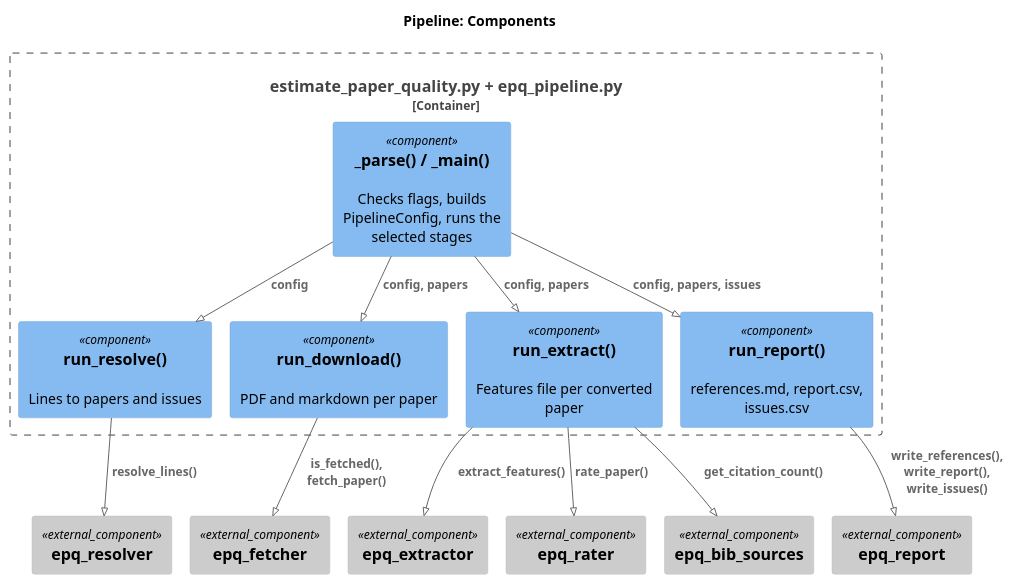
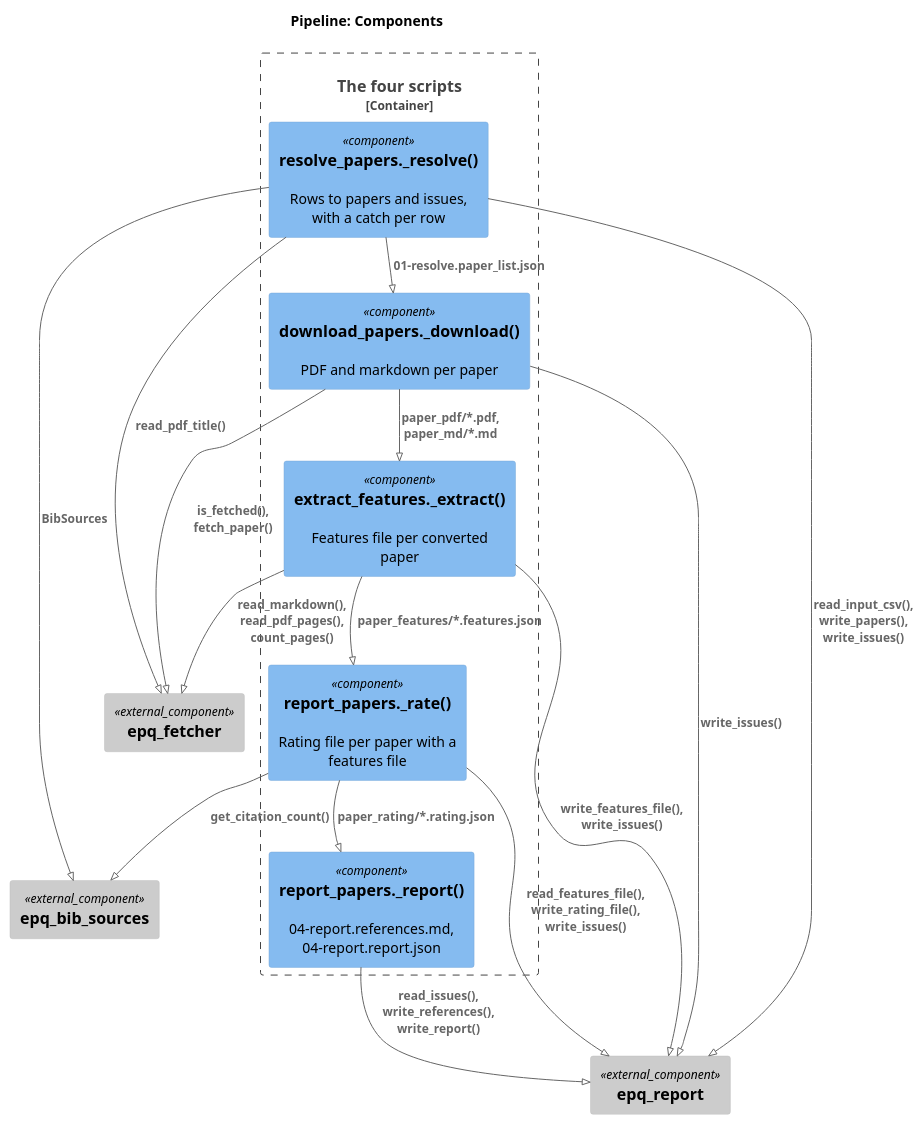
One commit to gpsaggese/gpsaggese.github.io changed the diagram in research/Estimate_academic_paper_quality/docs/02.1-design.pipeline.md. Above: the diagram before and after it, drawn with PlantUML. The commit also changed other lines of this file and 98 other files, not shown here.

````diff
--- a/research/Estimate_academic_paper_quality/docs/02.1-design.pipeline.md
+++ b/research/Estimate_academic_paper_quality/docs/02.1-design.pipeline.md
@@ -23,29 +40,30 @@
 ```plantuml
 !pragma layout smetana
 !include <C4/C4_Component>
 LAYOUT_TOP_DOWN()
 title Pipeline: Components
-Container_Boundary(p, "estimate_paper_quality.py + epq_pipeline.py") {
-  Component(cli, "_parse() / _main()", "", "Checks flags, builds PipelineConfig, runs the selected stages")
-  Component(res, "run_resolve()", "", "Lines to papers and issues")
-  Component(dl, "run_download()", "", "PDF and markdown per paper")
-  Component(ex, "run_extract()", "", "Features file per converted paper")
-  Component(rep, "run_report()", "", "references.md, report.csv, issues.csv")
+Container_Boundary(p, "The four scripts") {
+  Component(res, "resolve_papers._resolve()", "", "Rows to papers and issues, with a catch per row")
+  Component(dl, "download_papers._download()", "", "PDF and markdown per paper")
+  Component(ex, "extract_features._extract()", "", "Features file per converted paper")
+  Component(rate, "report_papers._rate()", "", "Rating file per paper with a features file")
+  Component(rep, "report_papers._report()", "", "04-report.references.md, 04-report.report.json")
 }
-Component_Ext(resolver, "epq_resolver", "", "")
 Component_Ext(fetcher, "epq_fetcher", "", "")
-Component_Ext(extractor, "epq_extractor", "", "")
-Component_Ext(rater, "epq_rater", "", "")
 Component_Ext(report, "epq_report", "", "")
 Component_Ext(bib, "epq_bib_sources", "", "")
-Rel(cli, res, "config")
-Rel(cli, dl, "config, papers")
-Rel(cli, ex, "config, papers")
-Rel(cli, rep, "config, papers, issues")
-Rel(res, resolver, "resolve_lines()")
+Rel(res, dl, "01-resolve.paper_list.json")
+Rel(dl, ex, "paper_pdf/*.pdf, paper_md/*.md")
+Rel(ex, rate, "paper_features/*.features.json")
+Rel(rate, rep, "paper_rating/*.rating.json")
+Rel(res, fetcher, "read_pdf_title()")
+Rel(res, bib, "BibSources")
 Rel(dl, fetcher, "is_fetched(), fetch_paper()")
-Rel(ex, extractor, "extract_features()")
-Rel(ex, rater, "rate_paper()")
-Rel(ex, bib, "get_citation_count()")
-Rel(rep, report, "write_references(), write_report(), write_issues()")
+Rel(ex, fetcher, "read_markdown(), read_pdf_pages(), count_pages()")
+Rel(rate, bib, "get_citation_count()")
+Rel(res, report, "read_input_csv(), write_papers(), write_issues()")
+Rel(dl, report, "write_issues()")
+Rel(ex, report, "write_features_file(), write_issues()")
+Rel(rate, report, "read_features_file(), write_rating_file(), write_issues()")
+Rel(rep, report, "read_issues(), write_references(), write_report()")
 ```
````
